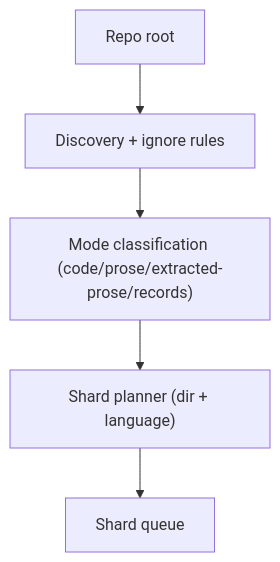
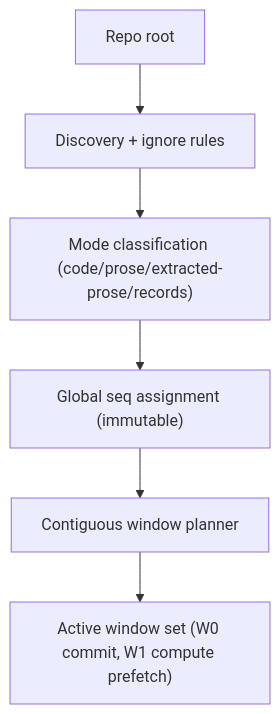
The second of 13 diagrams in docs/guides/architecture.md (doublemover/PairOfCleats), drawn with Mermaid before and after one commit. The commit also changed other lines of this file and 11 other files, not shown here.

````diff
--- a/docs/guides/architecture.md
+++ b/docs/guides/architecture.md
@@ -30,7 +30,8 @@
 ```mermaid
 graph TD
   A["Repo root"] --> B["Discovery + ignore rules"]
   B --> C["Mode classification (code/prose/extracted-prose/records)"]
-  C --> D["Shard planner (dir + language)"]
-  D --> E["Shard queue"]
+  C --> D["Global seq assignment (immutable)"]
+  D --> E["Contiguous window planner"]
+  E --> F["Active window set (W0 commit, W1 compute prefetch)"]
 ```
````
